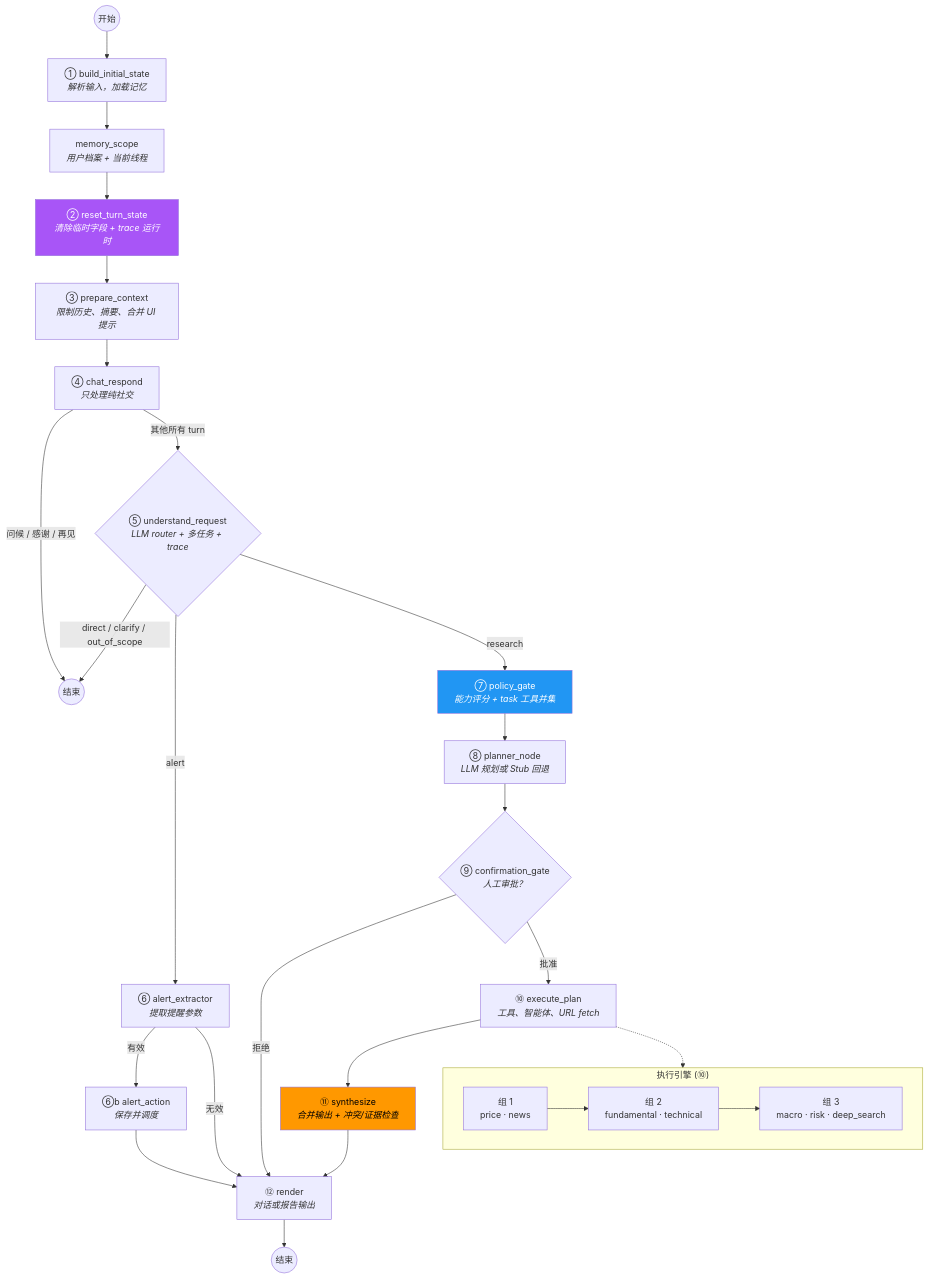
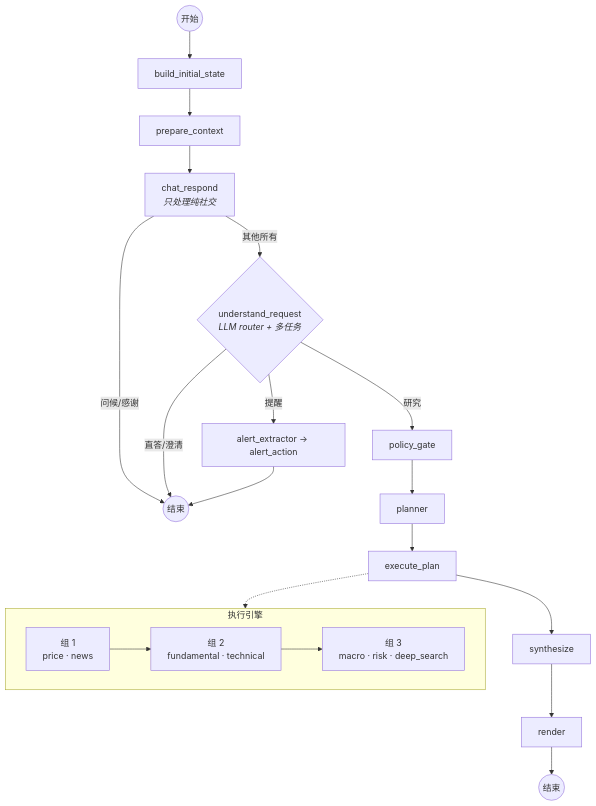
One commit to kkkano/FinSight changed the second of 3 diagrams in README_CN.md. Above: the diagram before and after it, drawn with Mermaid. The commit also changed other lines of this file and 4 other files, not shown here.

````diff
--- a/README_CN.md
+++ b/README_CN.md
@@ -326,38 +209,20 @@
 ```mermaid
 flowchart TD
-    START((开始)) --> INIT["① build_initial_state<br/><i>解析输入，加载记忆</i>"]
-    INIT --> MEMSCOPE["memory_scope<br/><i>用户档案 + 当前线程</i>"]
-    MEMSCOPE --> RESET["② reset_turn_state<br/><i>清除临时字段 + trace 运行时</i>"]
-    RESET --> PREPARE["③ prepare_context<br/><i>限制历史、摘要、合并 UI 提示</i>"]
-    PREPARE --> CHATRESP["④ chat_respond<br/><i>只处理纯社交</i>"]
-    CHATRESP -->|"问候 / 感谢 / 再见"| END_CHAT((结束))
-    CHATRESP -->|"其他所有 turn"| UNDERSTAND{"⑤ understand_request<br/><i>LLM router + 多任务 + trace</i>"}
+    START((开始)) --> INIT["build_initial_state"]
+    INIT --> PREPARE["prepare_context"]
+    PREPARE --> CHATRESP["chat_respond<br/><i>只处理纯社交</i>"]
+    CHATRESP -->|"问候/感谢"| END_CHAT((结束))
+    CHATRESP -->|"其他所有"| UNDERSTAND{"understand_request<br/><i>LLM router + 多任务</i>"}
+    UNDERSTAND -->|"直答/澄清"| END_CHAT
+    UNDERSTAND -->|"提醒"| ALERT["alert_extractor → alert_action"]
+    ALERT --> END_CHAT
+    UNDERSTAND -->|"研究"| POLICY["policy_gate"] --> PLAN["planner"]
+    PLAN --> EXEC["execute_plan"]
+    EXEC --> SYNTH["synthesize"] --> RENDER["render"] --> END((结束))
 
-    UNDERSTAND -->|"direct / clarify / out_of_scope"| END_CHAT
-    UNDERSTAND -->|"alert"| ALERT_EX["⑥ alert_extractor<br/><i>提取提醒参数</i>"]
-    ALERT_EX -->|"有效"| ALERT_ACT["⑥b alert_action<br/><i>保存并调度</i>"]
-    ALERT_EX -->|"无效"| RENDER
-    ALERT_ACT --> RENDER
-    UNDERSTAND -->|"research"| POLICY["⑦ policy_gate<br/><i>能力评分 + task 工具并集</i>"]
-    POLICY --> PLAN["⑧ planner_node<br/><i>LLM 规划或 Stub 回退</i>"]
-
-    PLAN --> CONFIRM{"⑨ confirmation_gate<br/><i>人工审批？</i>"}
-    CONFIRM -->|"拒绝"| RENDER
-    CONFIRM -->|"批准"| EXEC["⑩ execute_plan<br/><i>工具、智能体、URL fetch</i>"]
-
-    EXEC --> SYNTH["⑪ synthesize<br/><i>合并输出 + 冲突/证据检查</i>"]
-    SYNTH --> RENDER["⑫ render<br/><i>对话或报告输出</i>"]
-    RENDER --> END((结束))
-
-    subgraph "执行引擎 (⑩)"
+    subgraph "执行引擎"
         direction LR
-        EG1["组 1<br/>price · news"] --> EG2["组 2<br/>fundamental · technical"]
-        EG2 --> EG3["组 3<br/>macro · risk · deep_search"]
+        G1["组 1<br/>price · news"] --> G2["组 2<br/>fundamental · technical"] --> G3["组 3<br/>macro · risk · deep_search"]
     end
-
-    EXEC -.-> EG1
-
-    style RESET fill:#a855f7,color:#fff
-    style SYNTH fill:#ff9800,color:#000
-    style POLICY fill:#2196f3,color:#fff
+    EXEC -.-> G1
 ```
````
